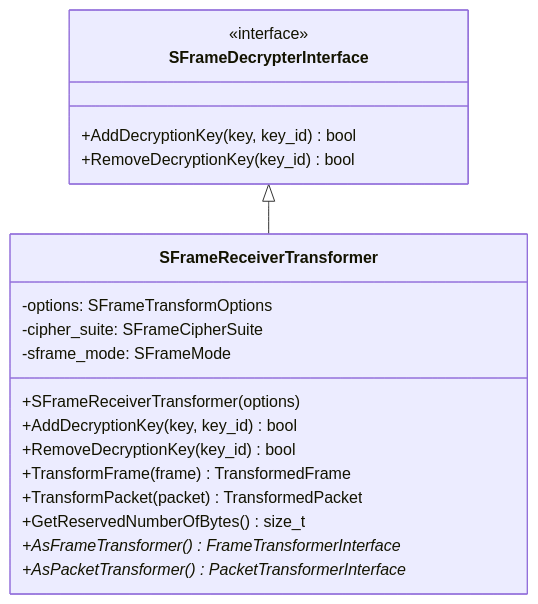
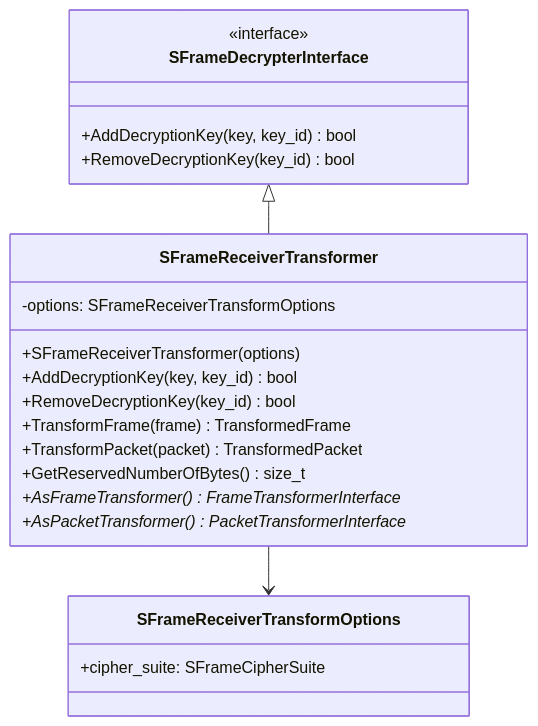
One commit to webex/webrtc-sframe changed the tenth of 22 diagrams in README.md. Above: the diagram before and after it, drawn with Mermaid. The commit also changed other lines of this file, not shown here.

````diff
--- a/README.md
+++ b/README.md
@@ -324,24 +327,27 @@
 ```mermaid
 classDiagram
     class SFrameDecrypterInterface {
         <<interface>>
         +AddDecryptionKey(key, key_id) bool
         +RemoveDecryptionKey(key_id) bool
     }
     
+    class SFrameReceiverTransformOptions {
+        +cipher_suite: SFrameCipherSuite
+    }
+    
     class SFrameReceiverTransformer {
-        -options: SFrameTransformOptions
-        -cipher_suite: SFrameCipherSuite
-        -sframe_mode: SFrameMode
+        -options: SFrameReceiverTransformOptions
         +SFrameReceiverTransformer(options)
         +AddDecryptionKey(key, key_id) bool
         +RemoveDecryptionKey(key_id) bool
         +TransformFrame(frame) TransformedFrame
         +TransformPacket(packet) TransformedPacket
         +GetReservedNumberOfBytes() size_t
         +AsFrameTransformer() FrameTransformerInterface*
         +AsPacketTransformer() PacketTransformerInterface*
     }
     
     SFrameDecrypterInterface <|-- SFrameReceiverTransformer
+    SFrameReceiverTransformer --> SFrameReceiverTransformOptions
 ```
````
